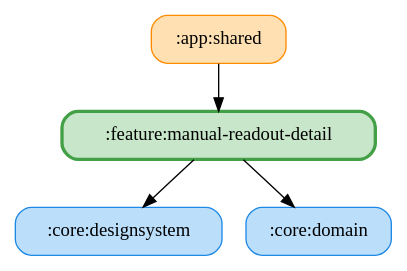
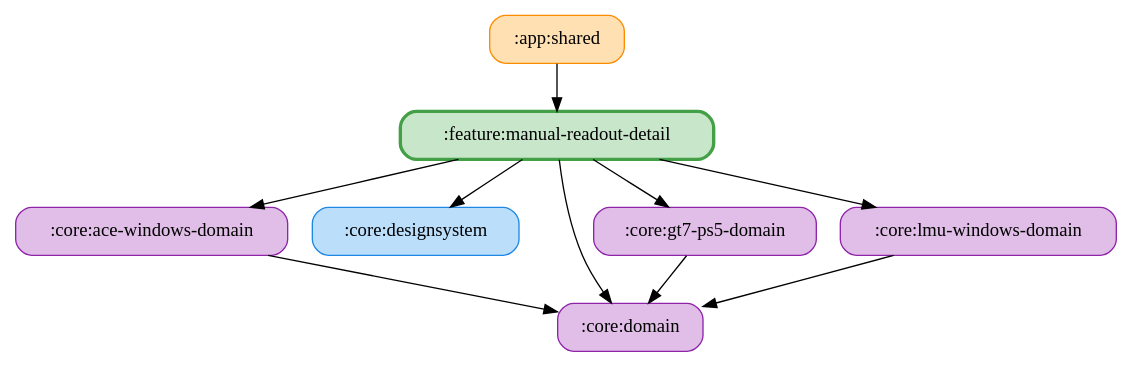
The diagram in docs/graphs/feature-manual-readout-detail.gv (ai-kurou/KoDriver), drawn with Graphviz before and after one commit. The commit also changed 898 other files, not shown here.

Commit message:
:core:domain をシミュレーター別のドメインモジュールに分割する(LMU・ACE・GT7) (#2411)

```diff
--- a/docs/graphs/feature-manual-readout-detail.gv
+++ b/docs/graphs/feature-manual-readout-detail.gv
@@ -1,11 +1,20 @@
 digraph G {
   rankdir=TB
   node [shape=box, style="rounded,filled"]
   ":app:shared" [fillcolor="#FFE0B2", color="#FB8C00", penwidth=1]
+  ":core:ace-windows-domain" [fillcolor="#E1BEE7", color="#8E24AA", penwidth=1]
   ":core:designsystem" [fillcolor="#BBDEFB", color="#1E88E5", penwidth=1]
-  ":core:domain" [fillcolor="#BBDEFB", color="#1E88E5", penwidth=1]
+  ":core:domain" [fillcolor="#E1BEE7", color="#8E24AA", penwidth=1]
+  ":core:gt7-ps5-domain" [fillcolor="#E1BEE7", color="#8E24AA", penwidth=1]
+  ":core:lmu-windows-domain" [fillcolor="#E1BEE7", color="#8E24AA", penwidth=1]
   ":feature:manual-readout-detail" [fillcolor="#C8E6C9", color="#43A047", penwidth=2.5]
   ":app:shared" -> ":feature:manual-readout-detail"
+  ":core:ace-windows-domain" -> ":core:domain"
+  ":core:gt7-ps5-domain" -> ":core:domain"
+  ":core:lmu-windows-domain" -> ":core:domain"
   ":feature:manual-readout-detail" -> ":core:domain"
+  ":feature:manual-readout-detail" -> ":core:gt7-ps5-domain"
   ":feature:manual-readout-detail" -> ":core:designsystem"
+  ":feature:manual-readout-detail" -> ":core:ace-windows-domain"
+  ":feature:manual-readout-detail" -> ":core:lmu-windows-domain"
 }
```
